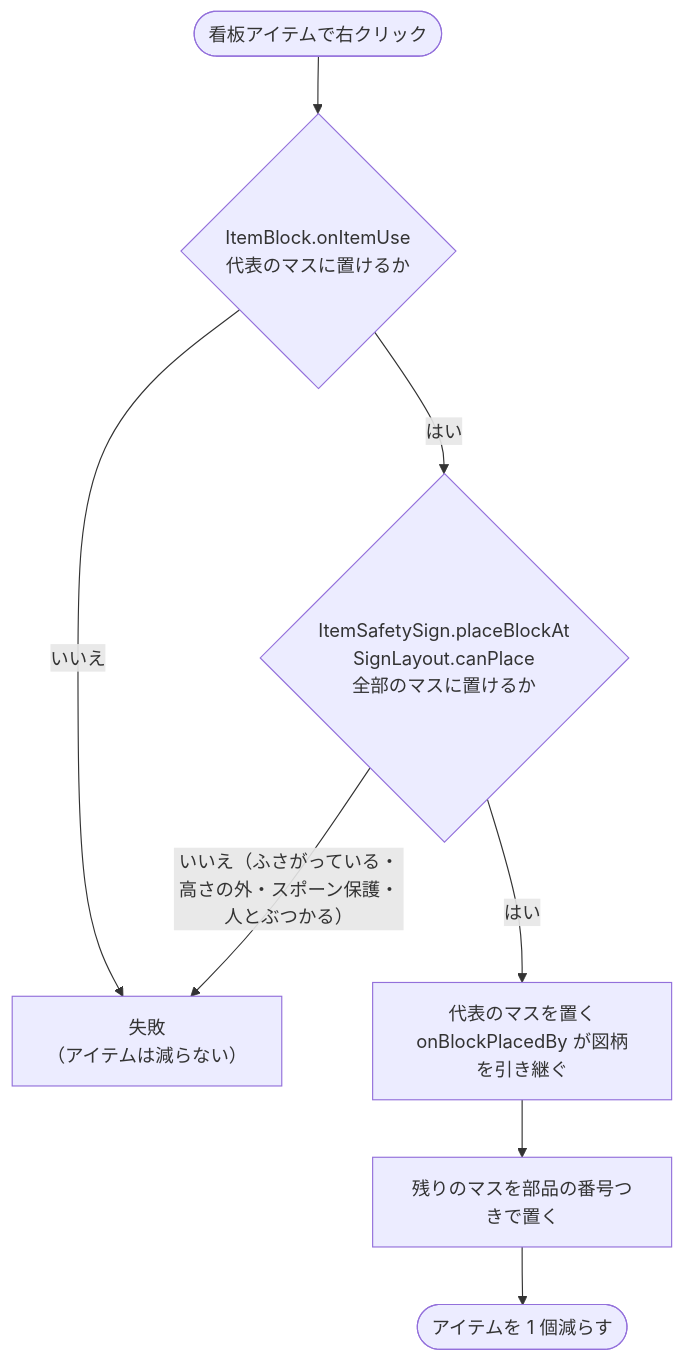
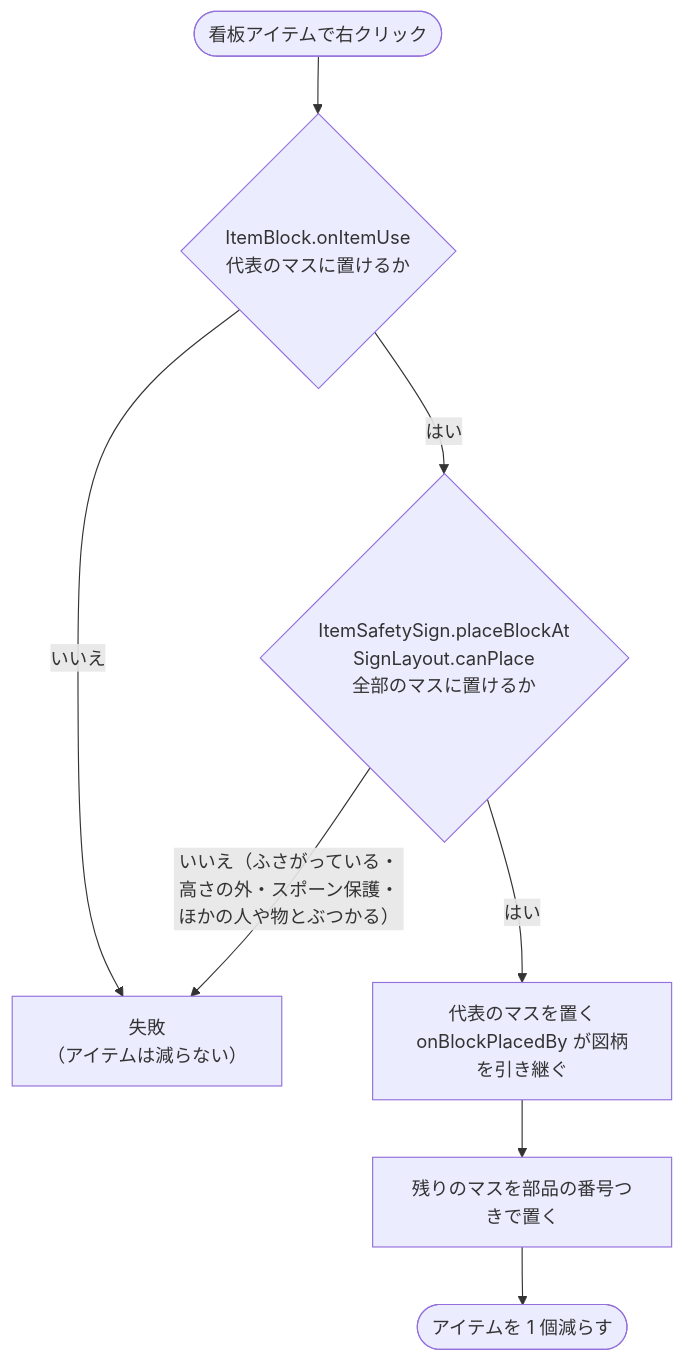
The first of 2 diagrams in doc/diagrams/multiblock.md (zeusisgood/safetysigns), drawn with Mermaid before and after one commit. The commit also changed other lines of this file and 4 other files, not shown here.

````diff
--- a/doc/diagrams/multiblock.md
+++ b/doc/diagrams/multiblock.md
@@ -13,10 +14,10 @@
 ```mermaid
 flowchart TD
     Click([看板アイテムで右クリック]) --> IB{"ItemBlock.onItemUse<br/>代表のマスに置けるか"}
     IB -- いいえ --> Fail["失敗<br/>（アイテムは減らない）"]
     IB -- はい --> All{"ItemSafetySign.placeBlockAt<br/>SignLayout.canPlace<br/>全部のマスに置けるか"}
-    All -->|"いいえ（ふさがっている・高さの外・スポーン保護・人とぶつかる）"| Fail
+    All -->|"いいえ（ふさがっている・高さの外・スポーン保護・ほかの人や物とぶつかる）"| Fail
     All -- はい --> Origin["代表のマスを置く<br/>onBlockPlacedBy が図柄を引き継ぐ"]
     Origin --> Parts["残りのマスを部品の番号つきで置く"]
     Parts --> Done([アイテムを 1 個減らす])
 ```
````
